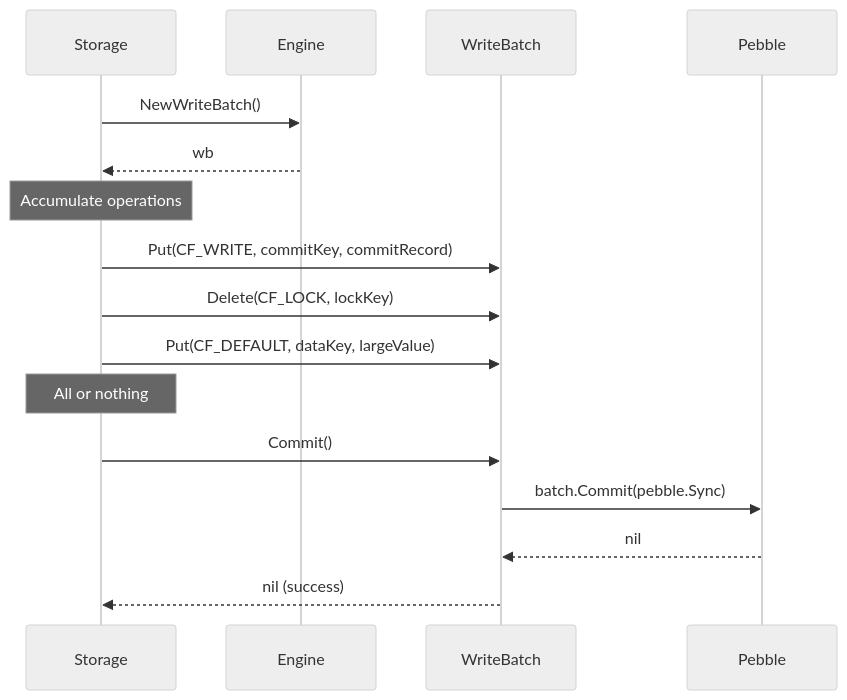
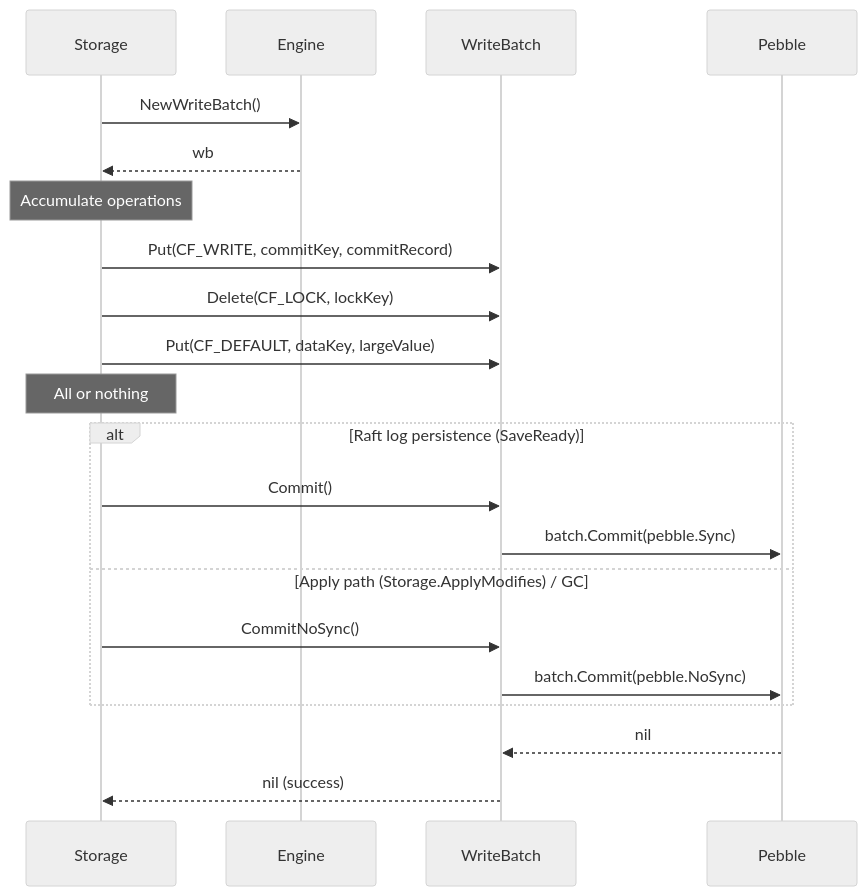
The sixth of 13 diagrams in gookv-design/02_storage_engine.md (ryogrid/gookvs), drawn with Mermaid (neutral theme) before and after one commit. The commit also changed other lines of this file and 17 other files, not shown here.

````diff
--- a/gookv-design/02_storage_engine.md
+++ b/gookv-design/02_storage_engine.md
@@ -615,23 +624,28 @@
 ```mermaid
 sequenceDiagram
     participant Storage
     participant Engine
     participant WB as WriteBatch
     participant Pebble
 
     Storage->>Engine: NewWriteBatch()
     Engine-->>Storage: wb
 
     Note over Storage: Accumulate operations
 
     Storage->>WB: Put(CF_WRITE, commitKey, commitRecord)
     Storage->>WB: Delete(CF_LOCK, lockKey)
     Storage->>WB: Put(CF_DEFAULT, dataKey, largeValue)
 
     Note over Storage: All or nothing
 
-    Storage->>WB: Commit()
-    WB->>Pebble: batch.Commit(pebble.Sync)
+    alt Raft log persistence (SaveReady)
+        Storage->>WB: Commit()
+        WB->>Pebble: batch.Commit(pebble.Sync)
+    else Apply path (Storage.ApplyModifies) / GC
+        Storage->>WB: CommitNoSync()
+        WB->>Pebble: batch.Commit(pebble.NoSync)
+    end
     Pebble-->>WB: nil
     WB-->>Storage: nil (success)
 ```
````
